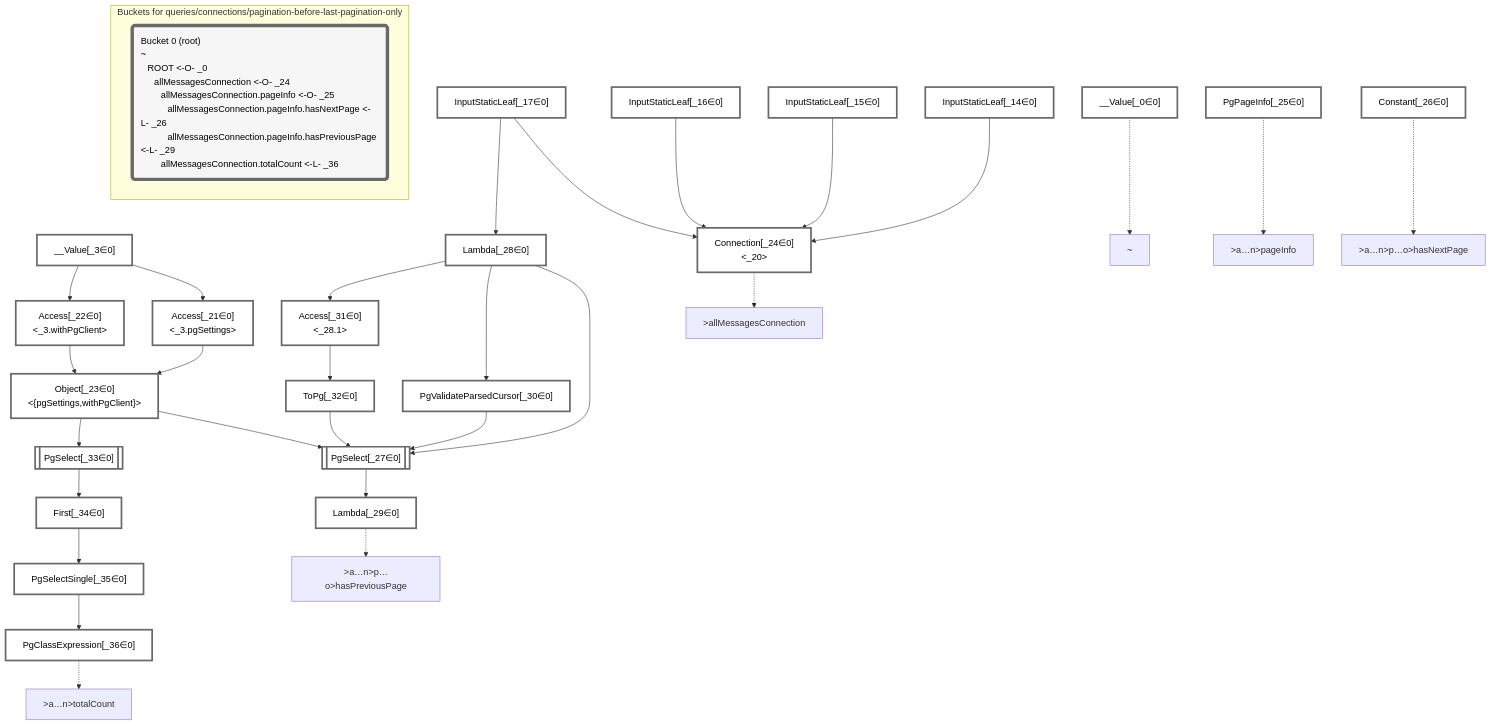
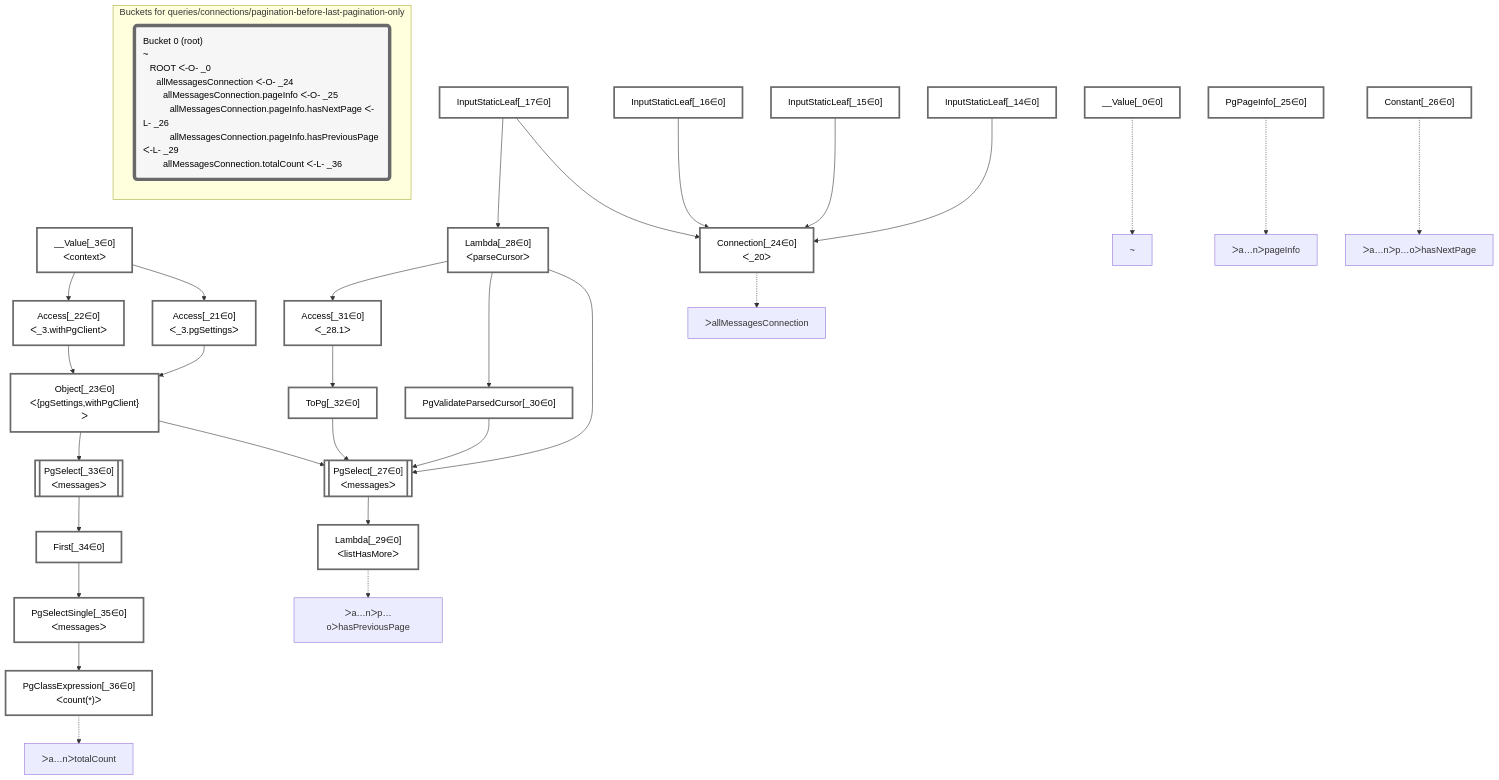
The diagram in packages/dataplan-pg/__tests__/queries/connections/pagination-before-last-pagination-only.mermaid.md (graphile/crystal), drawn with Mermaid before and after one commit. The commit also changed 195 other files, not shown here.

````diff
--- a/packages/dataplan-pg/__tests__/queries/connections/pagination-before-last-pagination-only.mermaid.md
+++ b/packages/dataplan-pg/__tests__/queries/connections/pagination-before-last-pagination-only.mermaid.md
@@ -1,79 +1,79 @@
 ```mermaid
 graph TD
     classDef path fill:#eee,stroke:#000,color:#000
     classDef plan fill:#fff,stroke-width:3px,color:#000
     classDef itemplan fill:#fff,stroke-width:6px,color:#000
     classDef sideeffectplan fill:#f00,stroke-width:6px,color:#000
     classDef bucket fill:#f6f6f6,color:#000,stroke-width:6px,text-align:left
 
 
     %% define plans
     __Value_0["__Value[_0∈0]"]:::plan
-    __Value_3["__Value[_3∈0]<br /><context>"]:::plan
+    __Value_3["__Value[_3∈0]<br />ᐸcontextᐳ"]:::plan
     InputStaticLeaf_14["InputStaticLeaf[_14∈0]"]:::plan
     InputStaticLeaf_15["InputStaticLeaf[_15∈0]"]:::plan
     InputStaticLeaf_16["InputStaticLeaf[_16∈0]"]:::plan
     InputStaticLeaf_17["InputStaticLeaf[_17∈0]"]:::plan
-    Access_21["Access[_21∈0]<br /><_3.pgSettings>"]:::plan
-    Access_22["Access[_22∈0]<br /><_3.withPgClient>"]:::plan
-    Object_23["Object[_23∈0]<br /><{pgSettings,withPgClient}>"]:::plan
-    Connection_24["Connection[_24∈0]<br /><_20>"]:::plan
+    Access_21["Access[_21∈0]<br />ᐸ_3.pgSettingsᐳ"]:::plan
+    Access_22["Access[_22∈0]<br />ᐸ_3.withPgClientᐳ"]:::plan
+    Object_23["Object[_23∈0]<br />ᐸ{pgSettings,withPgClient}ᐳ"]:::plan
+    Connection_24["Connection[_24∈0]<br />ᐸ_20ᐳ"]:::plan
     PgPageInfo_25["PgPageInfo[_25∈0]"]:::plan
     Constant_26["Constant[_26∈0]"]:::plan
-    PgSelect_27[["PgSelect[_27∈0]<br /><messages>"]]:::plan
-    Lambda_28["Lambda[_28∈0]<br /><parseCursor>"]:::plan
-    Lambda_29["Lambda[_29∈0]<br /><listHasMore>"]:::plan
+    PgSelect_27[["PgSelect[_27∈0]<br />ᐸmessagesᐳ"]]:::plan
+    Lambda_28["Lambda[_28∈0]<br />ᐸparseCursorᐳ"]:::plan
+    Lambda_29["Lambda[_29∈0]<br />ᐸlistHasMoreᐳ"]:::plan
     PgValidateParsedCursor_30["PgValidateParsedCursor[_30∈0]"]:::plan
-    Access_31["Access[_31∈0]<br /><_28.1>"]:::plan
+    Access_31["Access[_31∈0]<br />ᐸ_28.1ᐳ"]:::plan
     ToPg_32["ToPg[_32∈0]"]:::plan
-    PgSelect_33[["PgSelect[_33∈0]<br /><messages>"]]:::plan
+    PgSelect_33[["PgSelect[_33∈0]<br />ᐸmessagesᐳ"]]:::plan
     First_34["First[_34∈0]"]:::plan
-    PgSelectSingle_35["PgSelectSingle[_35∈0]<br /><messages>"]:::plan
-    PgClassExpression_36["PgClassExpression[_36∈0]<br /><count(*)>"]:::plan
+    PgSelectSingle_35["PgSelectSingle[_35∈0]<br />ᐸmessagesᐳ"]:::plan
+    PgClassExpression_36["PgClassExpression[_36∈0]<br />ᐸcount(*)ᐳ"]:::plan
 
     %% plan dependencies
     __Value_3 --> Access_21
     __Value_3 --> Access_22
     Access_21 --> Object_23
     Access_22 --> Object_23
     InputStaticLeaf_14 --> Connection_24
     InputStaticLeaf_15 --> Connection_24
     InputStaticLeaf_16 --> Connection_24
     InputStaticLeaf_17 --> Connection_24
     Object_23 --> PgSelect_27
     Lambda_28 --> PgSelect_27
     PgValidateParsedCursor_30 --> PgSelect_27
     ToPg_32 --> PgSelect_27
     InputStaticLeaf_17 --> Lambda_28
     PgSelect_27 --> Lambda_29
     Lambda_28 --> PgValidateParsedCursor_30
     Lambda_28 --> Access_31
     Access_31 --> ToPg_32
     Object_23 --> PgSelect_33
     PgSelect_33 --> First_34
     First_34 --> PgSelectSingle_35
     PgSelectSingle_35 --> PgClassExpression_36
 
     %% plan-to-path relationships
     P_0["~"]
     __Value_0 -.-> P_0
-    P_24[">allMessagesConnection"]
+    P_24["ᐳallMessagesConnection"]
     Connection_24 -.-> P_24
-    P_25[">a…n>pageInfo"]
+    P_25["ᐳa…nᐳpageInfo"]
     PgPageInfo_25 -.-> P_25
-    P_26[">a…n>p…o>hasNextPage"]
+    P_26["ᐳa…nᐳp…oᐳhasNextPage"]
     Constant_26 -.-> P_26
-    P_29[">a…n>p…o>hasPreviousPage"]
+    P_29["ᐳa…nᐳp…oᐳhasPreviousPage"]
     Lambda_29 -.-> P_29
-    P_36[">a…n>totalCount"]
+    P_36["ᐳa…nᐳtotalCount"]
     PgClassExpression_36 -.-> P_36
 
     %% allocate buckets
     classDef bucket0 stroke:#696969
     class __Value_0,__Value_3,InputStaticLeaf_14,InputStaticLeaf_15,InputStaticLeaf_16,InputStaticLeaf_17,Access_21,Access_22,Object_23,Connection_24,PgPageInfo_25,Constant_26,PgSelect_27,Lambda_28,Lambda_29,PgValidateParsedCursor_30,Access_31,ToPg_32,PgSelect_33,First_34,PgSelectSingle_35,PgClassExpression_36 bucket0
 
     subgraph "Buckets for queries/connections/pagination-before-last-pagination-only"
-    Bucket0("Bucket 0 (root)<br />~<br />⠀ROOT <-O- _0<br />⠀⠀allMessagesConnection <-O- _24<br />⠀⠀⠀allMessagesConnection.pageInfo <-O- _25<br />⠀⠀⠀⠀allMessagesConnection.pageInfo.hasNextPage <-L- _26<br />⠀⠀⠀⠀allMessagesConnection.pageInfo.hasPreviousPage <-L- _29<br />⠀⠀⠀allMessagesConnection.totalCount <-L- _36"):::bucket
+    Bucket0("Bucket 0 (root)<br />~<br />⠀ROOT ᐸ-O- _0<br />⠀⠀allMessagesConnection ᐸ-O- _24<br />⠀⠀⠀allMessagesConnection.pageInfo ᐸ-O- _25<br />⠀⠀⠀⠀allMessagesConnection.pageInfo.hasNextPage ᐸ-L- _26<br />⠀⠀⠀⠀allMessagesConnection.pageInfo.hasPreviousPage ᐸ-L- _29<br />⠀⠀⠀allMessagesConnection.totalCount ᐸ-L- _36"):::bucket
     style Bucket0 stroke:#696969
     end
 ```
````
